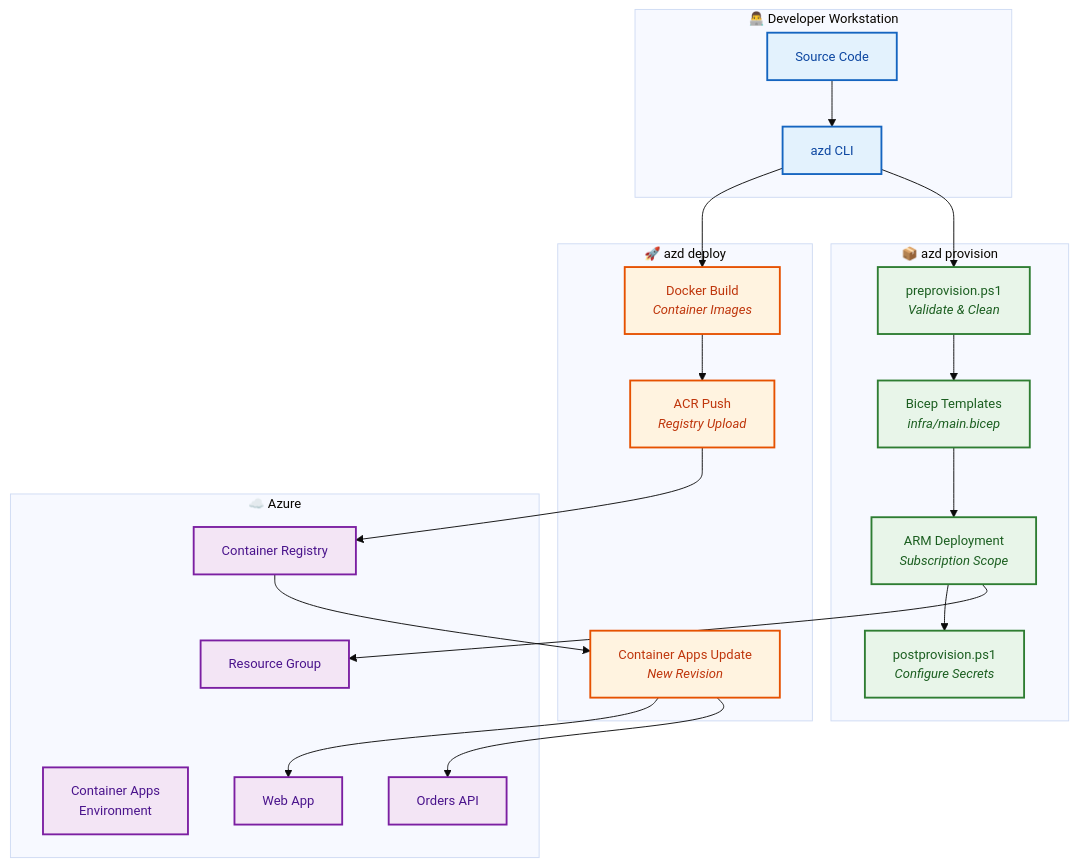
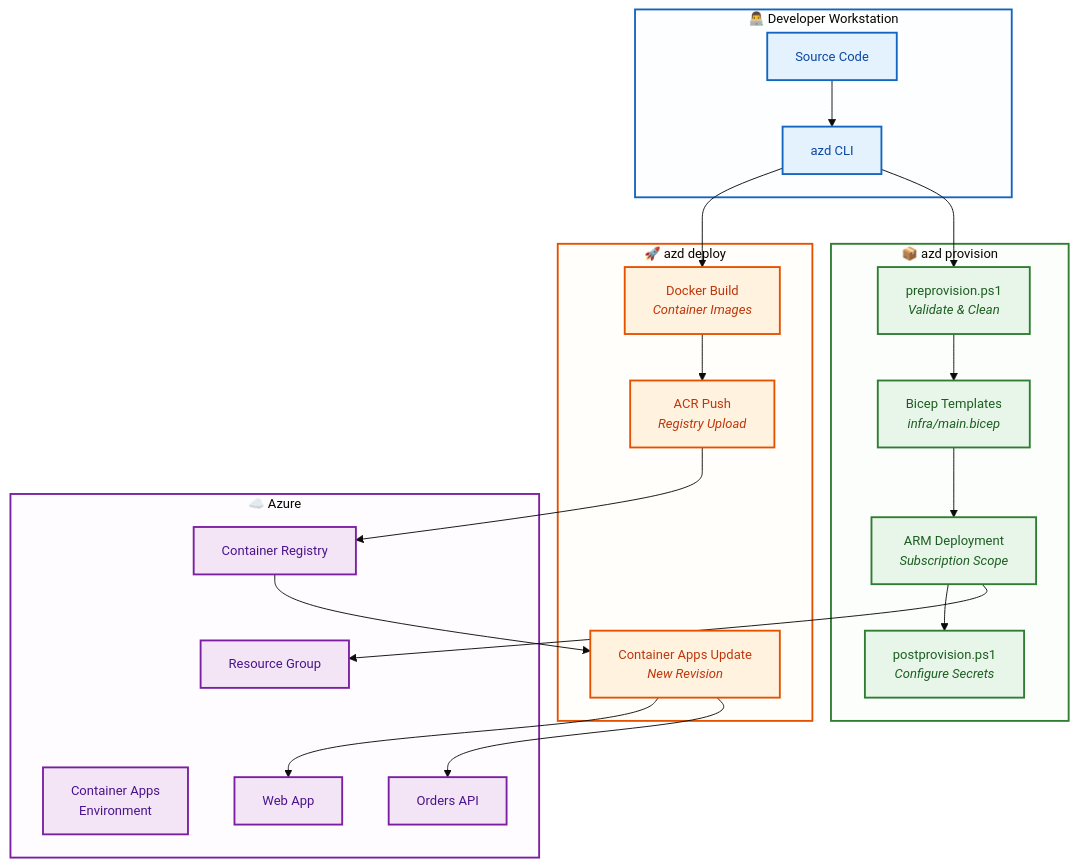
One commit to Evilazaro/Azure-LogicApps-Monitoring changed the first of 4 diagrams in docs/architecture/07-deployment-architecture.md. Above: the diagram before and after it, drawn with Mermaid. The commit also changed other lines of this file, not shown here.

Commit message:
Enhance deployment architecture diagrams with improved subgraph container styling for better visual layer grouping

````diff
--- a/docs/architecture/07-deployment-architecture.md
+++ b/docs/architecture/07-deployment-architecture.md
@@ -25,54 +25,60 @@
 ```mermaid
 %%{init: {'theme': 'base', 'themeVariables': { 'fontSize': '14px'}}}%%
 flowchart TB
     subgraph Developer["👨‍💻 Developer Workstation"]
         Code["Source Code"]
         AZD["azd CLI"]
     end
 
     subgraph Provision["📦 azd provision"]
         PreHook["preprovision.ps1<br/><i>Validate & Clean</i>"]
         Bicep["Bicep Templates<br/><i>infra/main.bicep</i>"]
         ARM["ARM Deployment<br/><i>Subscription Scope</i>"]
         PostHook["postprovision.ps1<br/><i>Configure Secrets</i>"]
     end
 
     subgraph Deploy["🚀 azd deploy"]
         Build["Docker Build<br/><i>Container Images</i>"]
         Push["ACR Push<br/><i>Registry Upload</i>"]
         Update["Container Apps Update<br/><i>New Revision</i>"]
     end
 
     subgraph Azure["☁️ Azure"]
         RG["Resource Group"]
         ACR["Container Registry"]
         CAE["Container Apps<br/>Environment"]
         API["Orders API"]
         Web["Web App"]
     end
 
     Code --> AZD
     AZD --> PreHook
     PreHook --> Bicep
     Bicep --> ARM
     ARM --> RG
     ARM --> PostHook
     
     AZD --> Build
     Build --> Push
     Push --> ACR
     ACR --> Update
     Update --> API
     Update --> Web
 
     %% Accessible color palette for deployment phases
     classDef dev fill:#e3f2fd,stroke:#1565c0,stroke-width:2px,color:#0d47a1
     classDef provision fill:#e8f5e9,stroke:#2e7d32,stroke-width:2px,color:#1b5e20
     classDef deploy fill:#fff3e0,stroke:#e65100,stroke-width:2px,color:#bf360c
     classDef azure fill:#f3e5f5,stroke:#7b1fa2,stroke-width:2px,color:#4a148c
 
     class Code,AZD dev
     class PreHook,Bicep,ARM,PostHook provision
     class Build,Push,Update deploy
     class RG,ACR,CAE,API,Web azure
+
+    %% Subgraph container styling for visual layer grouping
+    style Developer fill:#e3f2fd22,stroke:#1565c0,stroke-width:2px
+    style Provision fill:#e8f5e922,stroke:#2e7d32,stroke-width:2px
+    style Deploy fill:#fff3e022,stroke:#e65100,stroke-width:2px
+    style Azure fill:#f3e5f522,stroke:#7b1fa2,stroke-width:2px
 ```
````
